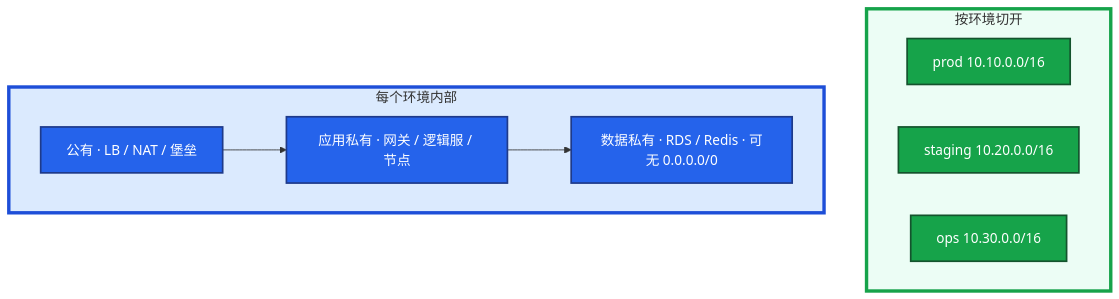
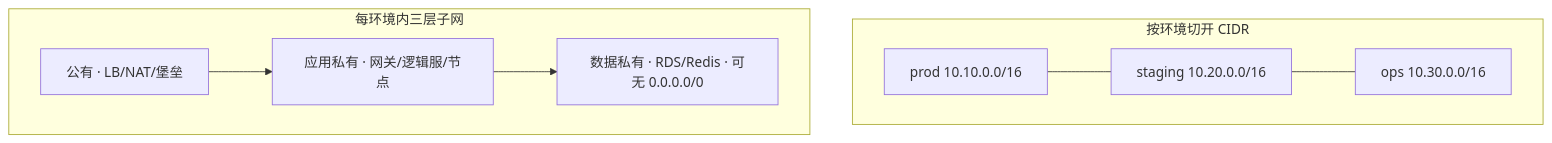
One commit to ml-cuizijun/LearnToLilith changed the first of 9 diagrams in 06-云平台/01-云网络与安全/练习题.md. Above: the diagram before and after it, drawn with Mermaid. The commit also changed other lines of this file and 470 other files, not shown here.

````diff
--- a/06-云平台/01-云网络与安全/练习题.md
+++ b/06-云平台/01-云网络与安全/练习题.md
@@ -46,21 +45,9 @@
 ```mermaid
 flowchart TB
-    subgraph env ["按环境切开"]
-        p["prod 10.10.0.0/16"]
-        s["staging 10.20.0.0/16"]
-        o["ops 10.30.0.0/16"]
+    subgraph env["按环境切开 CIDR"]
+        p["prod 10.10.0.0/16"] --- s["staging 10.20.0.0/16"] --- o["ops 10.30.0.0/16"]
     end
-    subgraph layers ["每个环境内部"]
-        pub[公有 · LB / NAT / 堡垒]
-        app[应用私有 · 网关 / 逻辑服 / 节点]
-        data[数据私有 · RDS / Redis · 可无 0.0.0.0/0]
-        pub --> app --> data
+    subgraph layers["每环境内三层子网"]
+        pub["公有 · LB/NAT/堡垒"] --> app["应用私有 · 网关/逻辑服/节点"] --> data["数据私有 · RDS/Redis · 可无 0.0.0.0/0"]
     end
-
-    classDef ok fill:#16A34A,stroke:#14532D,stroke-width:2px,color:#fff
-    classDef net fill:#2563EB,stroke:#1E3A8A,stroke-width:2px,color:#fff
-    class p,s,o ok
-    class pub,app,data net
-    style env fill:#ECFDF5,stroke:#16A34A,stroke-width:4px
-    style layers fill:#DBEAFE,stroke:#1D4ED8,stroke-width:4px
 ```
````
